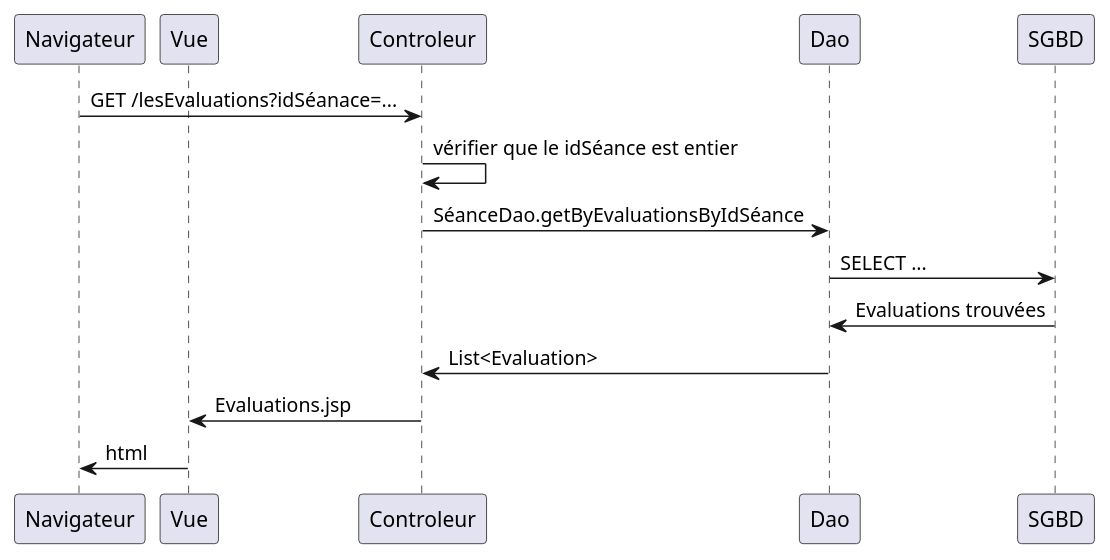
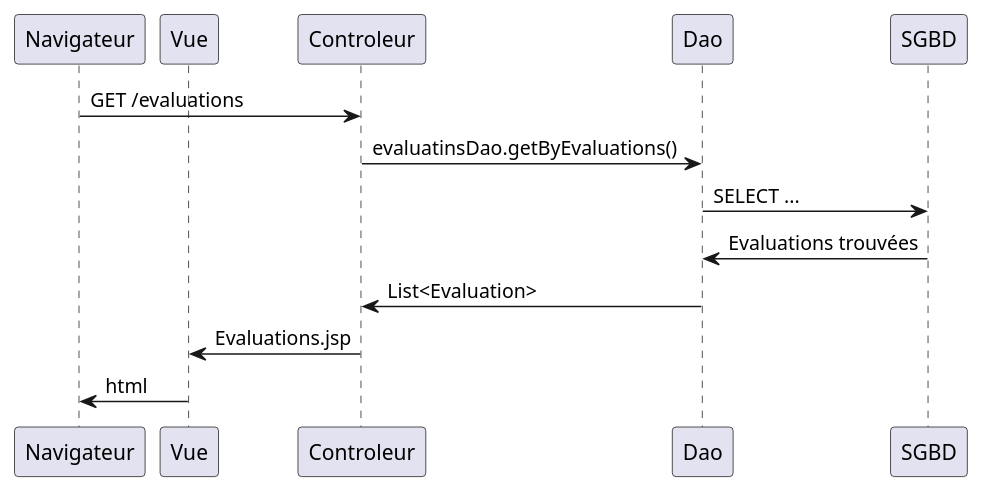
One commit to michel-plasse/siomassy2021 changed the diagram in src/main/webapp/doc/LesEvaluations.puml. Above: the diagram before and after it, drawn with PlantUML. The commit also changed 2 other files, not shown here.

```diff
--- a/src/main/webapp/doc/LesEvaluations.puml
+++ b/src/main/webapp/doc/LesEvaluations.puml
@@ -1,15 +1,14 @@
 @startuml
 ' par défaut, les couches sont disposées dans l'ordre d'apparition
 ' nous utilison participant pour préciser qu'après Navigateur il y a Vue et non Controleur
 participant Navigateur
 participant Vue
 
-Navigateur -> Controleur: GET /lesEvaluations?idSéanace=...
-Controleur -> Controleur: vérifier que le idSéance est entier
-Controleur -> Dao: SéanceDao.getByEvaluationsByIdSéance
+Navigateur -> Controleur: GET /evaluations
+Controleur -> Dao: evaluatinsDao.getByEvaluations()
 Dao -> SGBD: SELECT ...
 SGBD -> Dao: Evaluations trouvées
 Dao -> Controleur: List<Evaluation>
 Controleur -> Vue: Evaluations.jsp
 Vue -> Navigateur: html
 @enduml
```
